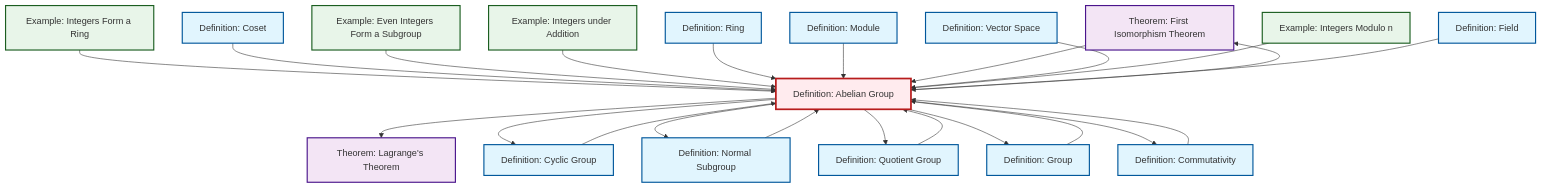
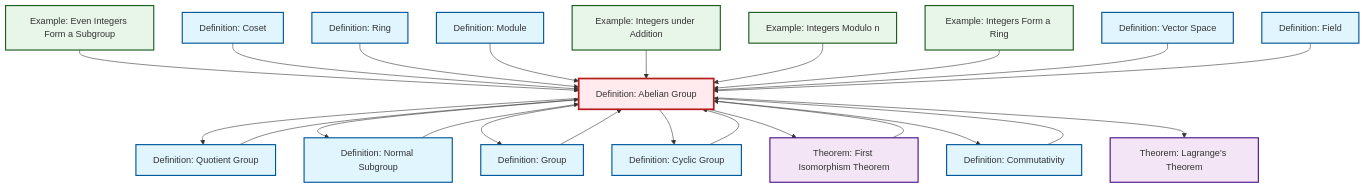
Before and after one commit to RK0429/ModernMath: the diagram in content/ja/algebra/def-abelian-group.qmd, drawn with Mermaid. The commit also changed other lines of this file and 491 other files, not shown here.

````diff
--- a/content/ja/algebra/def-abelian-group.qmd
+++ b/content/ja/algebra/def-abelian-group.qmd
@@ -102,65 +102,65 @@
 ```{mermaid}
 %%| fig-cap: "Local dependency graph"
 graph TD
     classDef definition fill:#e1f5fe,stroke:#01579b,stroke-width:2px
     classDef theorem fill:#f3e5f5,stroke:#4a148c,stroke-width:2px
     classDef axiom fill:#fff3e0,stroke:#e65100,stroke-width:2px
     classDef example fill:#e8f5e9,stroke:#1b5e20,stroke-width:2px
     classDef current fill:#ffebee,stroke:#b71c1c,stroke-width:3px
+    def-module["Definition: Module"]:::definition
+    ex-quotient-integers-mod-n["Example: Integers Modulo n"]:::example
+    def-abelian-group["Definition: Abelian Group"]:::definition
+    def-commutativity["Definition: Commutativity"]:::definition
+    def-normal-subgroup["Definition: Normal Subgroup"]:::definition
+    def-cyclic-group["Definition: Cyclic Group"]:::definition
     thm-first-isomorphism["Theorem: First Isomorphism Theorem"]:::theorem
-    ex-integers-addition["Example: Integers under Addition"]:::example
-    def-vector-space["Definition: Vector Space"]:::definition
+    ex-even-integers-subgroup["Example: Even Integers Form a Subgroup"]:::example
+    def-coset["Definition: Coset"]:::definition
     def-field["Definition: Field"]:::definition
     def-group["Definition: Group"]:::definition
-    def-cyclic-group["Definition: Cyclic Group"]:::definition
+    ex-integers-addition["Example: Integers under Addition"]:::example
+    thm-lagrange["Theorem: Lagrange's Theorem"]:::theorem
+    def-vector-space["Definition: Vector Space"]:::definition
     def-ring["Definition: Ring"]:::definition
-    thm-lagrange["Theorem: Lagrange's Theorem"]:::theorem
-    def-commutativity["Definition: Commutativity"]:::definition
-    def-abelian-group["Definition: Abelian Group"]:::definition
-    ex-even-integers-subgroup["Example: Even Integers Form a Subgroup"]:::example
-    def-module["Definition: Module"]:::definition
     ex-integers-ring["Example: Integers Form a Ring"]:::example
-    ex-quotient-integers-mod-n["Example: Integers Modulo n"]:::example
-    def-coset["Definition: Coset"]:::definition
-    def-normal-subgroup["Definition: Normal Subgroup"]:::definition
     def-quotient-group["Definition: Quotient Group"]:::definition
-    def-abelian-group --> thm-lagrange
-    ex-integers-ring --> def-abelian-group
+    ex-even-integers-subgroup --> def-abelian-group
+    def-coset --> def-abelian-group
+    def-abelian-group --> def-quotient-group
+    def-ring --> def-abelian-group
+    def-normal-subgroup --> def-abelian-group
+    def-module --> def-abelian-group
+    ex-integers-addition --> def-abelian-group
+    def-group --> def-abelian-group
+    thm-first-isomorphism --> def-abelian-group
+    def-quotient-group --> def-abelian-group
+    def-abelian-group --> def-normal-subgroup
+    ex-quotient-integers-mod-n --> def-abelian-group
+    def-abelian-group --> def-group
     def-commutativity --> def-abelian-group
     def-abelian-group --> def-cyclic-group
-    def-normal-subgroup --> def-abelian-group
-    def-abelian-group --> def-normal-subgroup
-    def-abelian-group --> def-quotient-group
-    def-coset --> def-abelian-group
     def-abelian-group --> thm-first-isomorphism
-    def-abelian-group --> def-group
-    def-group --> def-abelian-group
     def-abelian-group --> def-commutativity
-    ex-even-integers-subgroup --> def-abelian-group
-    ex-integers-addition --> def-abelian-group
-    def-ring --> def-abelian-group
-    def-module --> def-abelian-group
-    thm-first-isomorphism --> def-abelian-group
+    ex-integers-ring --> def-abelian-group
+    def-abelian-group --> thm-lagrange
     def-vector-space --> def-abelian-group
+    def-field --> def-abelian-group
     def-cyclic-group --> def-abelian-group
-    ex-quotient-integers-mod-n --> def-abelian-group
-    def-field --> def-abelian-group
-    def-quotient-group --> def-abelian-group
     class def-abelian-group current
+    click def-module "def-module.html" "Definition: Moduleへ"
+    click ex-quotient-integers-mod-n "ex-quotient-integers-mod-n.html" "Example: Integers Modulo nへ"
+    click def-commutativity "def-commutativity.html" "Definition: Commutativityへ"
+    click def-normal-subgroup "def-normal-subgroup.html" "Definition: Normal Subgroupへ"
+    click def-cyclic-group "def-cyclic-group.html" "Definition: Cyclic Groupへ"
     click thm-first-isomorphism "thm-first-isomorphism.html" "Theorem: First Isomorphism Theoremへ"
-    click ex-integers-addition "ex-integers-addition.html" "Example: Integers under Additionへ"
-    click def-vector-space "def-vector-space.html" "Definition: Vector Spaceへ"
+    click ex-even-integers-subgroup "ex-even-integers-subgroup.html" "Example: Even Integers Form a Subgroupへ"
+    click def-coset "def-coset.html" "Definition: Cosetへ"
     click def-field "def-field.html" "Definition: Fieldへ"
     click def-group "def-group.html" "Definition: Groupへ"
-    click def-cyclic-group "def-cyclic-group.html" "Definition: Cyclic Groupへ"
+    click ex-integers-addition "ex-integers-addition.html" "Example: Integers under Additionへ"
+    click thm-lagrange "thm-lagrange.html" "Theorem: Lagrange's Theoremへ"
+    click def-vector-space "def-vector-space.html" "Definition: Vector Spaceへ"
     click def-ring "def-ring.html" "Definition: Ringへ"
-    click thm-lagrange "thm-lagrange.html" "Theorem: Lagrange's Theoremへ"
-    click def-commutativity "def-commutativity.html" "Definition: Commutativityへ"
-    click ex-even-integers-subgroup "ex-even-integers-subgroup.html" "Example: Even Integers Form a Subgroupへ"
-    click def-module "def-module.html" "Definition: Moduleへ"
     click ex-integers-ring "ex-integers-ring.html" "Example: Integers Form a Ringへ"
-    click ex-quotient-integers-mod-n "ex-quotient-integers-mod-n.html" "Example: Integers Modulo nへ"
-    click def-coset "def-coset.html" "Definition: Cosetへ"
-    click def-normal-subgroup "def-normal-subgroup.html" "Definition: Normal Subgroupへ"
     click def-quotient-group "def-quotient-group.html" "Definition: Quotient Groupへ"
 ```
````
